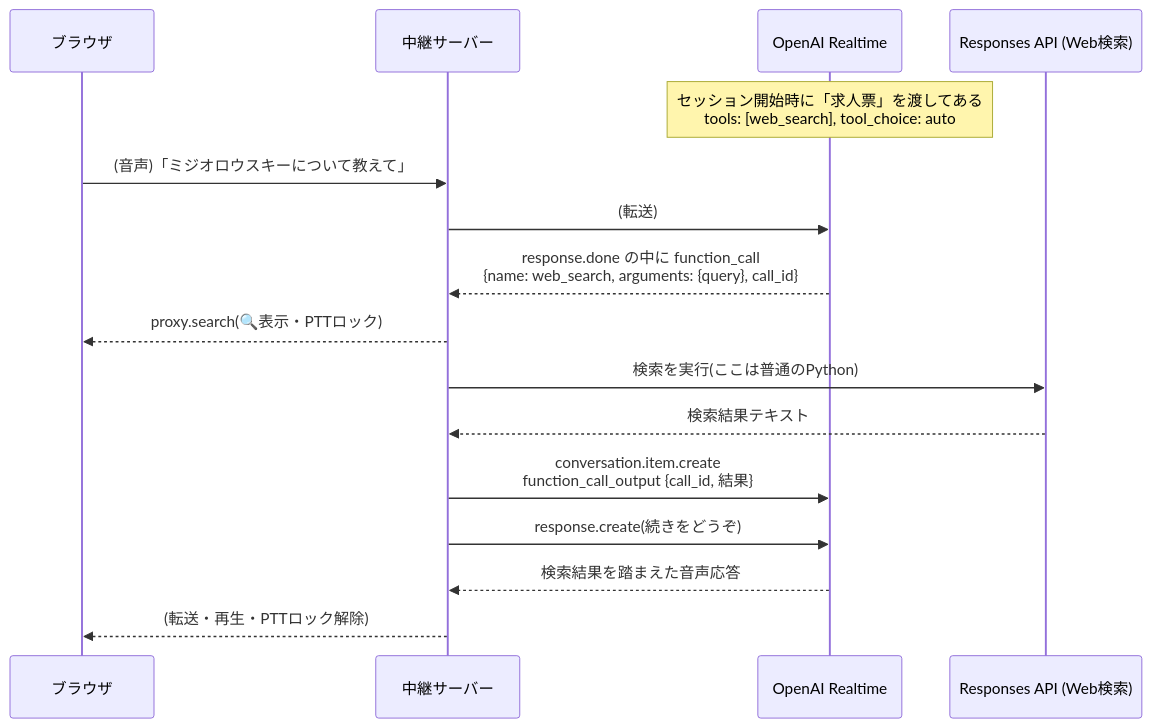
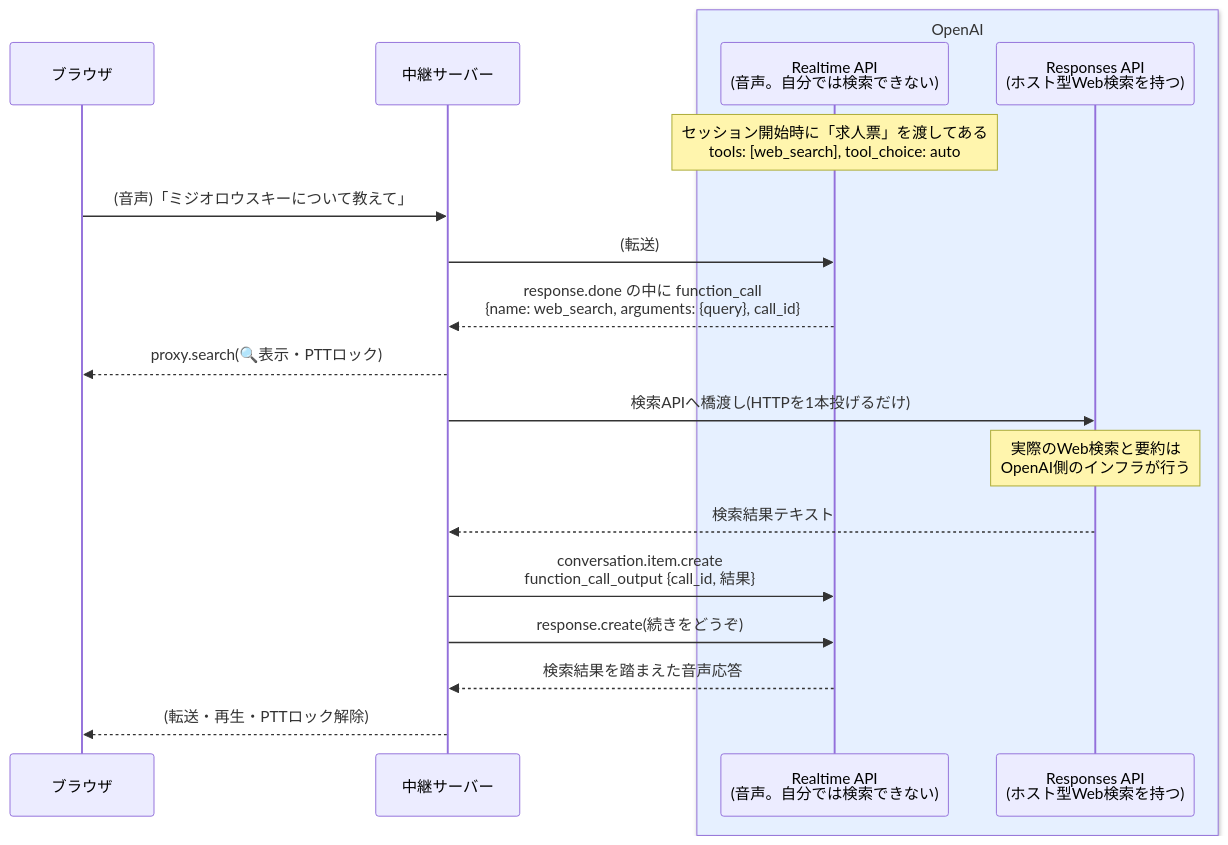
One commit to yoshiharu-ishii/realtime_voice changed the fourth of 6 diagrams in docs/architecture.md. Above: the diagram before and after it, drawn with Mermaid. The commit also changed other lines of this file, not shown here.

Commit message:
図解: Realtime/Responses APIをOpenAIの枠で囲み、検索の実行主体を明確化
「検索を実行(ここは普通のPython)」というラベルが、中継サーバー自身が
検索しているように読めたため修正。実際のWeb検索と要約はOpenAI側の
ホスト型ツールが行い、中継サーバーは橋渡し(HTTP1本)だけであることを
box枠とNoteで明示。

````diff
--- a/docs/architecture.md
+++ b/docs/architecture.md
@@ -93,19 +93,22 @@
 ```mermaid
 sequenceDiagram
     participant B as ブラウザ
     participant R as 中継サーバー
-    participant O as OpenAI Realtime
-    participant S as Responses API (Web検索)
+    box rgb(230, 240, 255) OpenAI
+    participant O as Realtime API<br/>(音声。自分では検索できない)
+    participant S as Responses API<br/>(ホスト型Web検索を持つ)
+    end
 
     Note over O: セッション開始時に「求人票」を渡してある<br/>tools: [web_search], tool_choice: auto
     B->>R: (音声)「ミジオロウスキーについて教えて」
     R->>O: (転送)
     O-->>R: response.done の中に function_call<br/>{name: web_search, arguments: {query}, call_id}
     R-->>B: proxy.search(🔍表示・PTTロック)
-    R->>S: 検索を実行(ここは普通のPython)
+    R->>S: 検索APIへ橋渡し(HTTPを1本投げるだけ)
+    Note over S: 実際のWeb検索と要約は<br/>OpenAI側のインフラが行う
     S-->>R: 検索結果テキスト
     R->>O: conversation.item.create<br/>function_call_output {call_id, 結果}
     R->>O: response.create(続きをどうぞ)
     O-->>R: 検索結果を踏まえた音声応答
     R-->>B: (転送・再生・PTTロック解除)
 ```
````
